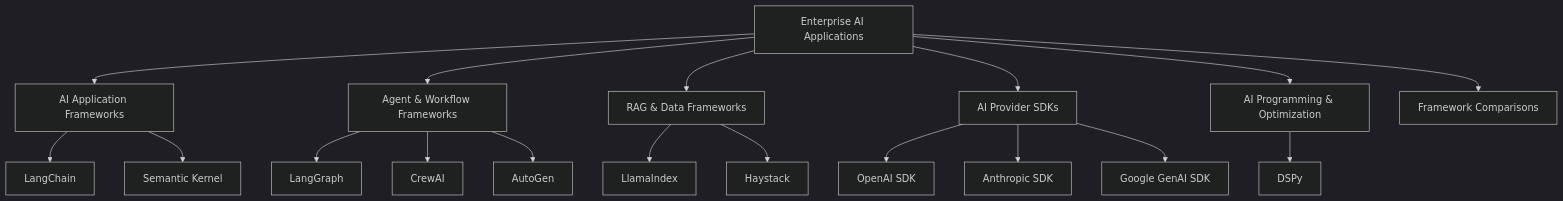
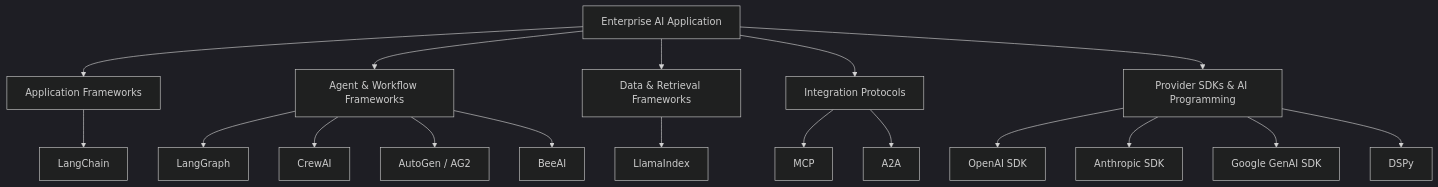
The first of 3 diagrams in docs/08-ai-engineering-frameworks/index.md (MihirKJha/enterprise-ai-engineering-handbook), drawn with Mermaid (dark theme) before and after one commit. The commit also changed other lines of this file and 47 other files, not shown here.

````diff
--- a/docs/08-ai-engineering-frameworks/index.md
+++ b/docs/08-ai-engineering-frameworks/index.md
@@ -235,29 +239,21 @@
 ```mermaid
 flowchart TD
+    A["Enterprise AI Application"] --> B["Application Frameworks"]
+    A --> C["Agent & Workflow Frameworks"]
+    A --> D["Data & Retrieval Frameworks"]
+    A --> E["Integration Protocols"]
+    A --> F["Provider SDKs & AI Programming"]
 
-    A[Enterprise AI Applications]
-
-    A --> B[AI Application Frameworks]
-    A --> C[Agent & Workflow Frameworks]
-    A --> D[RAG & Data Frameworks]
-    A --> E[AI Provider SDKs]
-    A --> F[AI Programming & Optimization]
-
-    B --> B1[LangChain]
-    B --> B2[Semantic Kernel]
-
-    C --> C1[LangGraph]
-    C --> C2[CrewAI]
-    C --> C3[AutoGen]
-
-    D --> D1[LlamaIndex]
-    D --> D2[Haystack]
-
-    E --> E1[OpenAI SDK]
-    E --> E2[Anthropic SDK]
-    E --> E3[Google GenAI SDK]
-
-    F --> F1[DSPy]
-
-    A --> G[Framework Comparisons]
+    B --> B1["LangChain"]
+    C --> C1["LangGraph"]
+    C --> C2["CrewAI"]
+    C --> C3["AutoGen / AG2"]
+    C --> C4["BeeAI"]
+    D --> D1["LlamaIndex"]
+    E --> E1["MCP"]
+    E --> E2["A2A"]
+    F --> F1["OpenAI SDK"]
+    F --> F2["Anthropic SDK"]
+    F --> F3["Google GenAI SDK"]
+    F --> F4["DSPy"]
 ```
````
